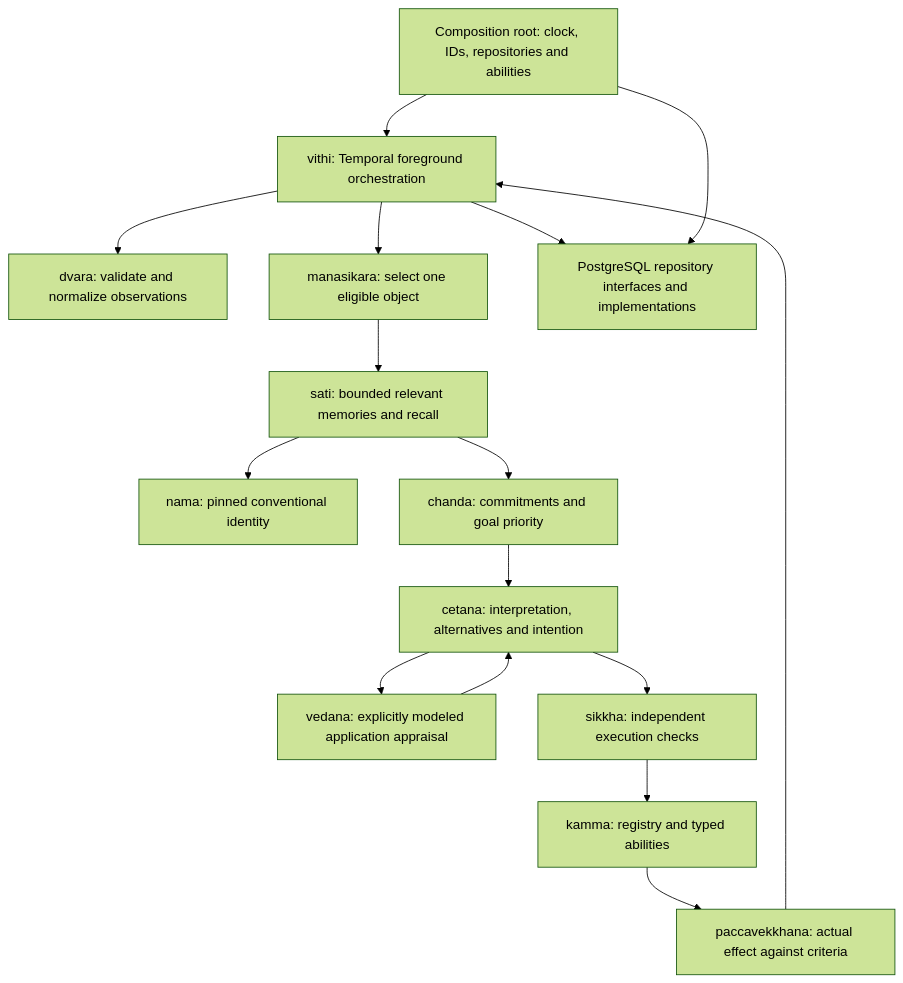
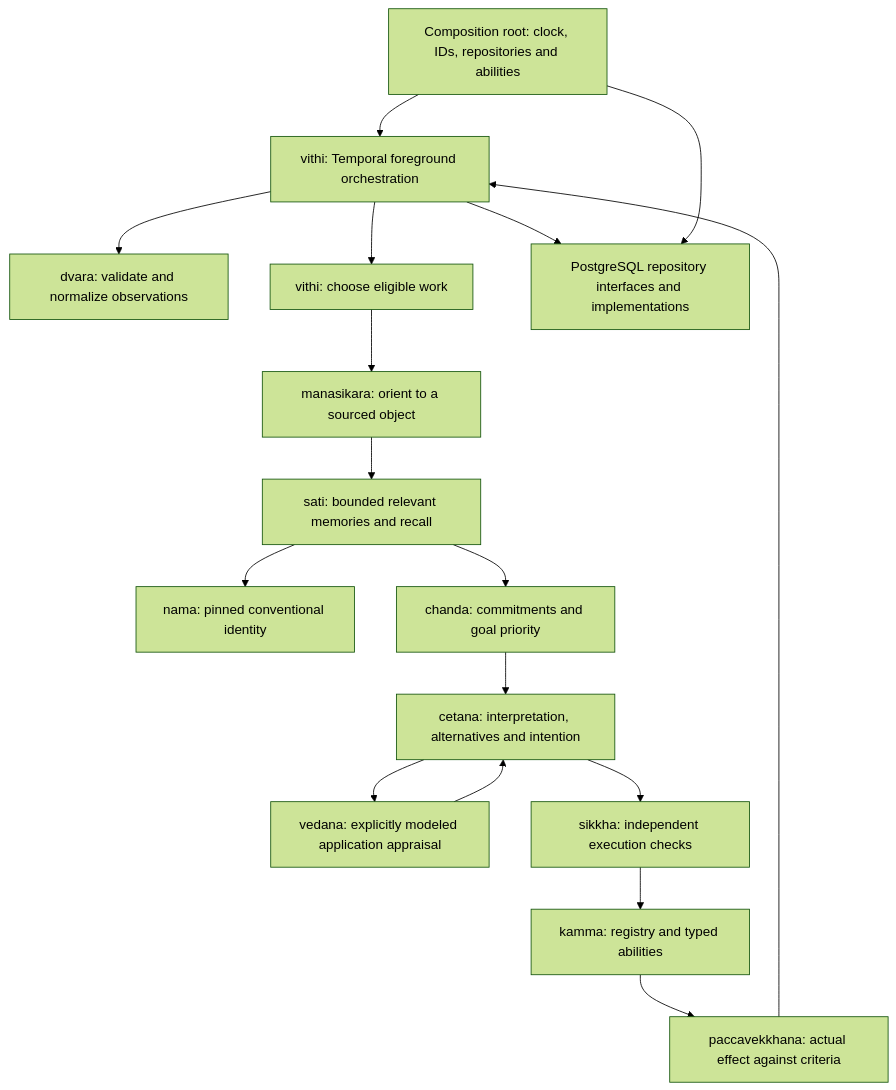
One commit to kme-solution/citta changed the second of 10 diagrams in doc/design/architecture.md. Above: the diagram before and after it, drawn with Mermaid (forest theme). The commit also changed other lines of this file and 20 other files, not shown here.

````diff
--- a/doc/design/architecture.md
+++ b/doc/design/architecture.md
@@ -61,18 +61,19 @@
 ```mermaid
 flowchart TD
     composition["Composition root: clock, IDs, repositories and abilities"] --> runner["vithi: Temporal foreground orchestration"]
     runner --> input["dvara: validate and normalize observations"]
-    runner --> attention["manasikara: select one eligible object"]
+    runner --> arbitration["vithi: choose eligible work"]
+    arbitration --> attention["manasikara: orient to a sourced object"]
     attention --> memory["sati: bounded relevant memories and recall"]
     memory --> identity["nama: pinned conventional identity"]
     memory --> goals["chanda: commitments and goal priority"]
     goals --> consideration["cetana: interpretation, alternatives and intention"]
     consideration --> affect["vedana: explicitly modeled application appraisal"]
     affect --> consideration
     consideration --> policy["sikkha: independent execution checks"]
     policy --> action["kamma: registry and typed abilities"]
     action --> review["paccavekkhana: actual effect against criteria"]
     review --> runner
     runner --> repositories["PostgreSQL repository interfaces and implementations"]
     composition --> repositories
 ```
````
